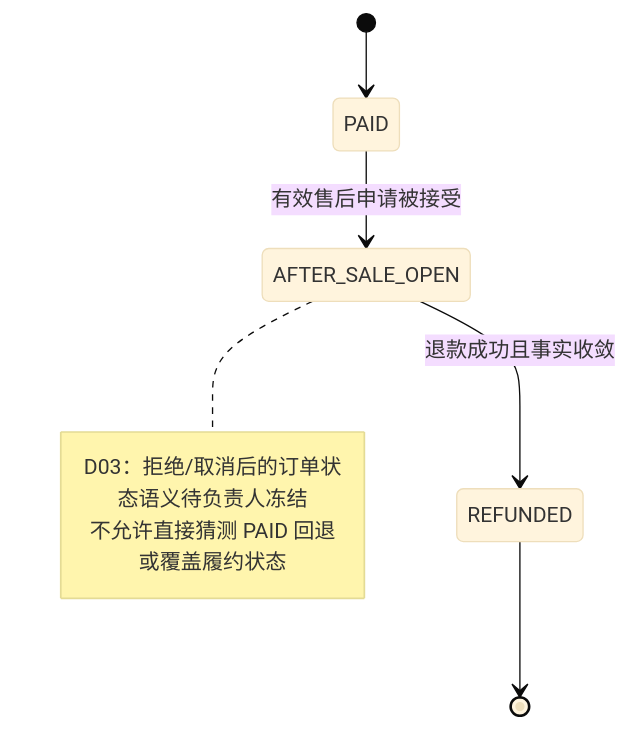
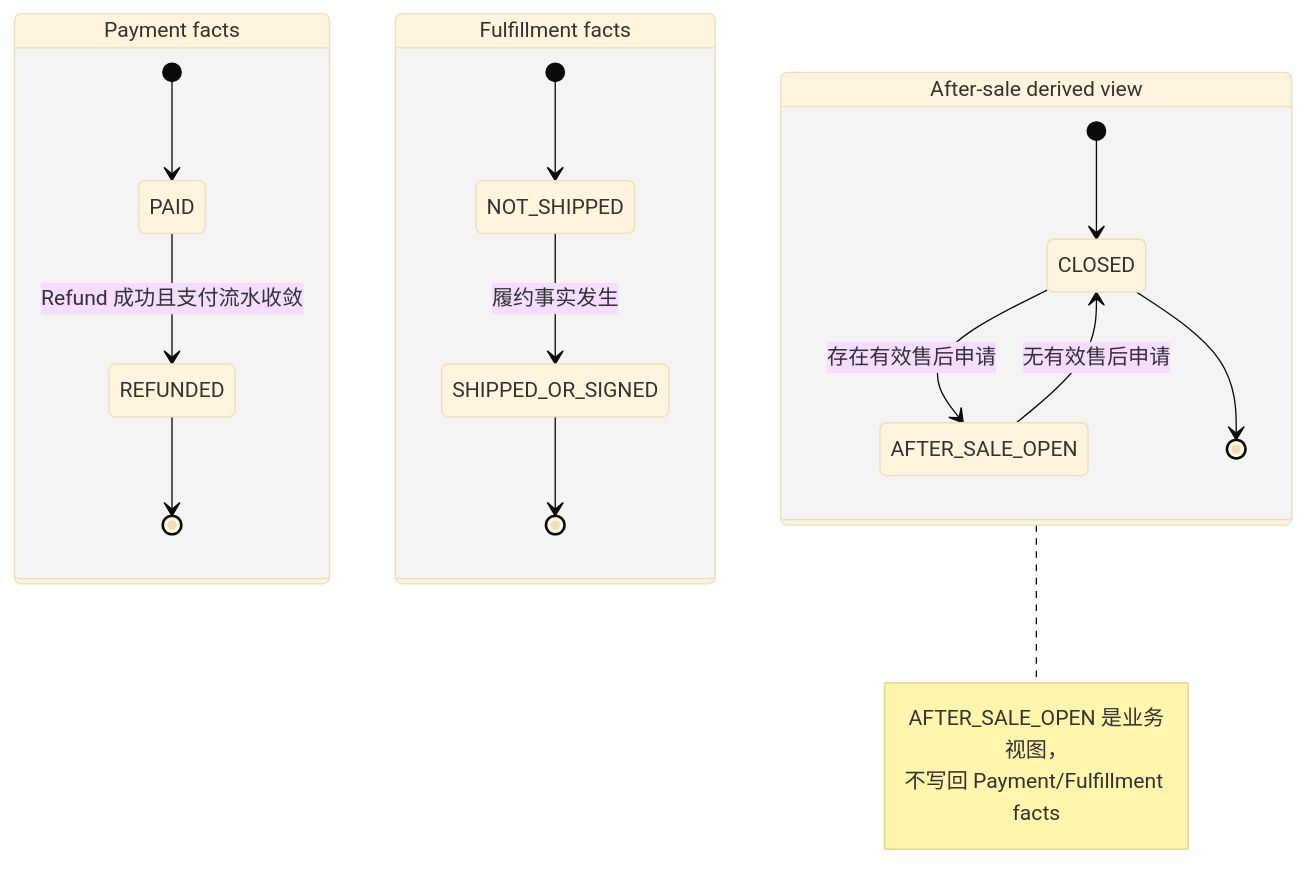
One commit to fei8fenqian/ecommerce-cs-agent changed the first of 4 diagrams in S0-02_ROLE_MATRIX_STATE_MACHINES.md. Above: the diagram before and after it, drawn with Mermaid (base theme). The commit also changed other lines of this file and 3 other files, not shown here.

````diff
--- a/S0-02_ROLE_MATRIX_STATE_MACHINES.md
+++ b/S0-02_ROLE_MATRIX_STATE_MACHINES.md
@@ -24,12 +26,26 @@
 ```mermaid
 stateDiagram-v2
-    [*] --> PAID
-    PAID --> AFTER_SALE_OPEN: 有效售后申请被接受
-    AFTER_SALE_OPEN --> REFUNDED: 退款成功且事实收敛
-    REFUNDED --> [*]
+    state "Payment facts" as Payment {
+        [*] --> PAID
+        PAID --> REFUNDED: Refund 成功且支付流水收敛
+        REFUNDED --> [*]
+    }
 
-    note right of AFTER_SALE_OPEN
-      D03：拒绝/取消后的订单状态语义待负责人冻结
-      不允许直接猜测 PAID 回退或覆盖履约状态
+    state "Fulfillment facts" as Fulfillment {
+        [*] --> NOT_SHIPPED
+        NOT_SHIPPED --> SHIPPED_OR_SIGNED: 履约事实发生
+        SHIPPED_OR_SIGNED --> [*]
+    }
+
+    state "After-sale derived view" as AfterSaleView {
+        [*] --> CLOSED
+        CLOSED --> AFTER_SALE_OPEN: 存在有效售后申请
+        AFTER_SALE_OPEN --> CLOSED: 无有效售后申请
+        CLOSED --> [*]
+    }
+
+    note right of AfterSaleView
+      AFTER_SALE_OPEN 是业务视图，
+      不写回 Payment/Fulfillment facts
     end note
 ```
````
